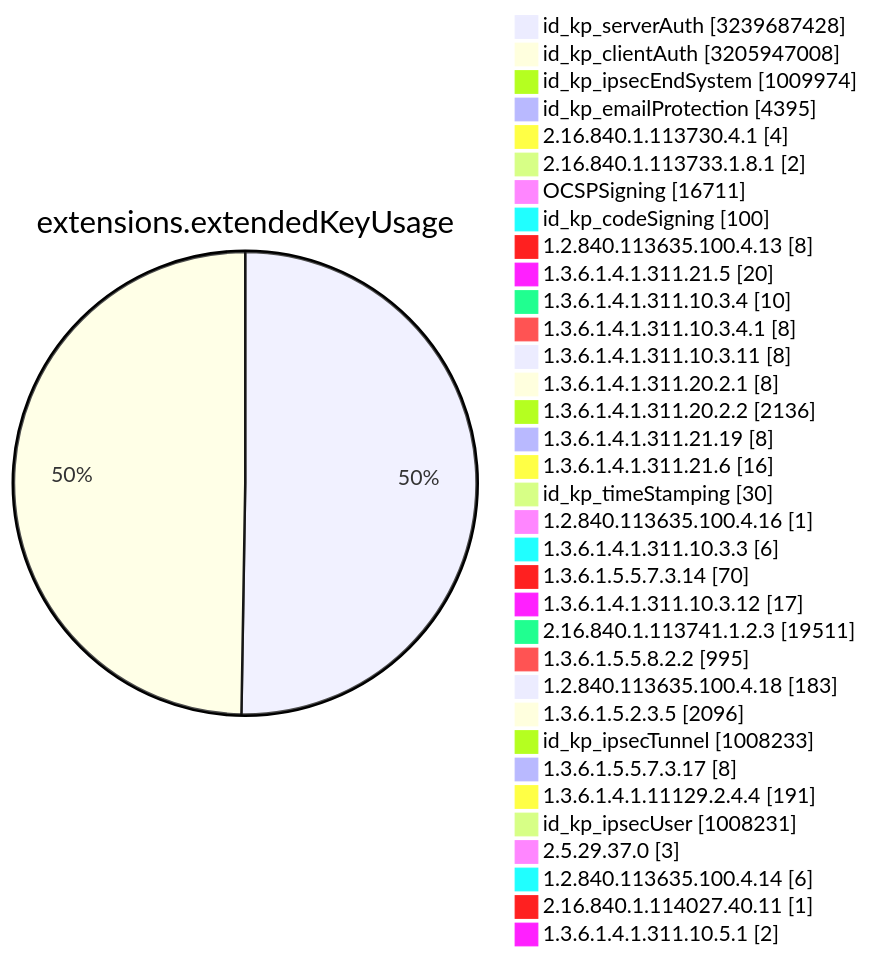
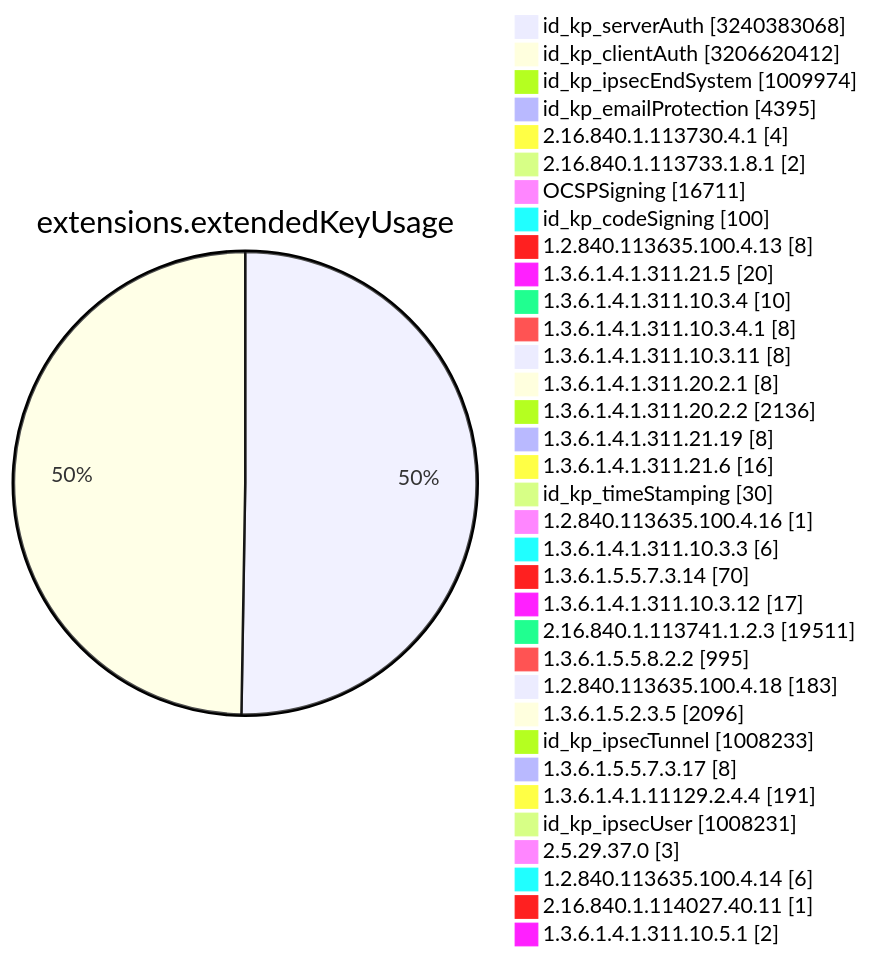
One commit to christiankrug/ctmonitor_visualization changed diagram 11 of 15 in TOTAL/README.md. Above: the diagram before and after it, drawn with Mermaid. The commit also changed other lines of this file, not shown here.

````diff
--- a/TOTAL/README.md
+++ b/TOTAL/README.md
@@ -4119,38 +4119,38 @@
 ```mermaid
 pie showData
 title extensions.extendedKeyUsage
-"id_kp_serverAuth" :3239687428
-"id_kp_clientAuth" :3205947008
+"id_kp_serverAuth" :3240383068
+"id_kp_clientAuth" :3206620412
 "id_kp_ipsecEndSystem" :1009974
 "id_kp_emailProtection" :4395
 "2.16.840.1.113730.4.1" :4
 "2.16.840.1.113733.1.8.1" :2
 "OCSPSigning" :16711
 "id_kp_codeSigning" :100
 "1.2.840.113635.100.4.13" :8
 "1.3.6.1.4.1.311.21.5" :20
 "1.3.6.1.4.1.311.10.3.4" :10
 "1.3.6.1.4.1.311.10.3.4.1" :8
 "1.3.6.1.4.1.311.10.3.11" :8
 "1.3.6.1.4.1.311.20.2.1" :8
 "1.3.6.1.4.1.311.20.2.2" :2136
 "1.3.6.1.4.1.311.21.19" :8
 "1.3.6.1.4.1.311.21.6" :16
 "id_kp_timeStamping" :30
 "1.2.840.113635.100.4.16" :1
 "1.3.6.1.4.1.311.10.3.3" :6
 "1.3.6.1.5.5.7.3.14" :70
 "1.3.6.1.4.1.311.10.3.12" :17
 "2.16.840.1.113741.1.2.3" :19511
 "1.3.6.1.5.5.8.2.2" :995
 "1.2.840.113635.100.4.18" :183
 "1.3.6.1.5.2.3.5" :2096
 "id_kp_ipsecTunnel" :1008233
 "1.3.6.1.5.5.7.3.17" :8
 "1.3.6.1.4.1.11129.2.4.4" :191
 "id_kp_ipsecUser" :1008231
 "2.5.29.37.0" :3
 "1.2.840.113635.100.4.14" :6
 "2.16.840.1.114027.40.11" :1
 "1.3.6.1.4.1.311.10.5.1" :2
 ```
````
